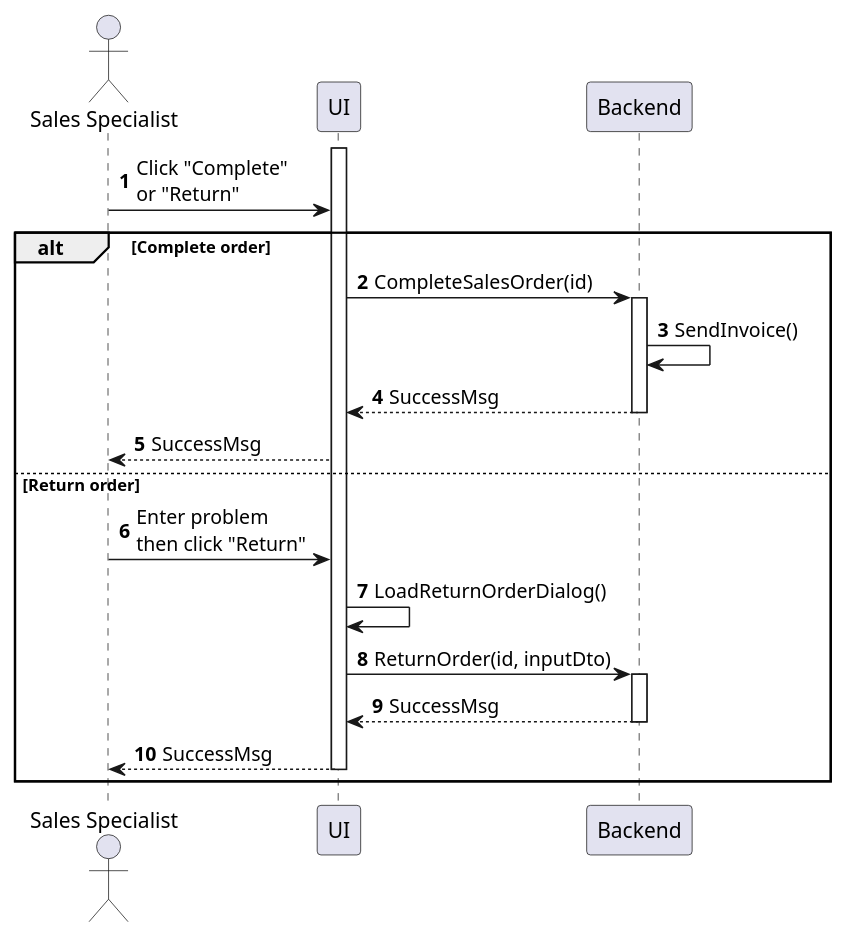
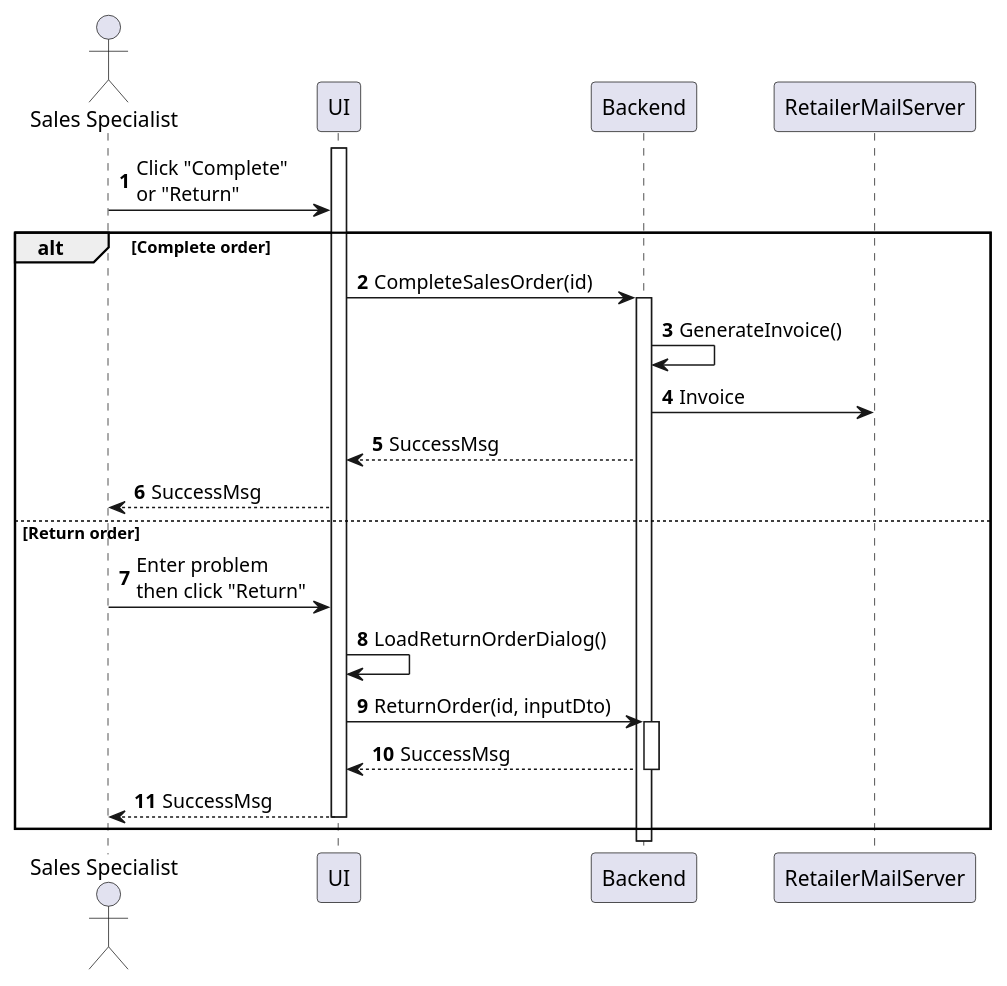
The diagram in sequences/sales-order-complete.plantuml (phihungha/scmss-reqs), drawn with PlantUML before and after one commit. The commit also changed 1 other file, not shown here.

Commit message:
Add invoice sending step

```diff
--- a/sequences/sales-order-complete.plantuml
+++ b/sequences/sales-order-complete.plantuml
@@ -1,27 +1,29 @@
 @startuml sales-order-complete
 autonumber
 
 actor "Sales Specialist" as a
 participant UI as f
 participant Backend as b
+participant RetailerMailServer as c
 
 activate f
 
 a -> f : Click "Complete"\nor "Return"
 
 alt Complete order
     f -> b : CompleteSalesOrder(id)
     activate b
-    b -> b : SendInvoice()
-    return SuccessMsg
+    b -> b : GenerateInvoice()
+    b -> c : Invoice
+    b --> f : SuccessMsg
     f --> a : SuccessMsg
 else Return order
     a -> f : Enter problem\nthen click "Return"
     f -> f : LoadReturnOrderDialog()
     f -> b : ReturnOrder(id, inputDto)
     activate b
     return SuccessMsg
     f --> a : SuccessMsg
     deactivate f
 end
 @enduml
```
